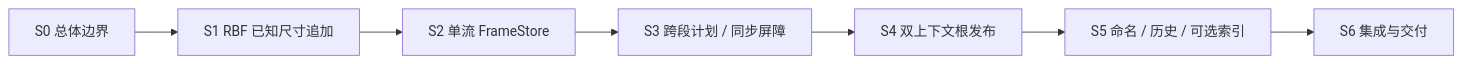
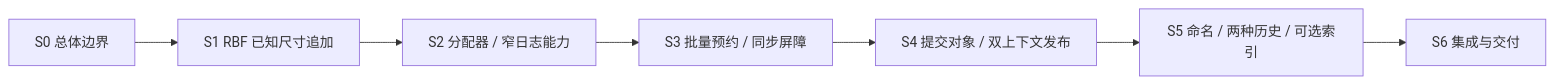
One commit to Atelia-org/atelia-storage changed the diagram in docs/FrameStore-VersionStore/README.md. Above: the diagram before and after it, drawn with Mermaid. The commit also changed other lines of this file and 8 other files, not shown here.

````diff
--- a/docs/FrameStore-VersionStore/README.md
+++ b/docs/FrameStore-VersionStore/README.md
@@ -31,9 +43,9 @@
 ```mermaid
 flowchart LR
     S0["S0 总体边界"] --> S1["S1 RBF 已知尺寸追加"]
-    S1 --> S2["S2 单流 FrameStore"]
-    S2 --> S3["S3 跨段计划 / 同步屏障"]
-    S3 --> S4["S4 双上下文根发布"]
-    S4 --> S5["S5 命名 / 历史 / 可选索引"]
+    S1 --> S2["S2 分配器 / 窄日志能力"]
+    S2 --> S3["S3 批量预约 / 同步屏障"]
+    S3 --> S4["S4 提交对象 / 双上下文发布"]
+    S4 --> S5["S5 命名 / 两种历史 / 可选索引"]
     S5 --> S6["S6 集成与交付"]
 ```
````
